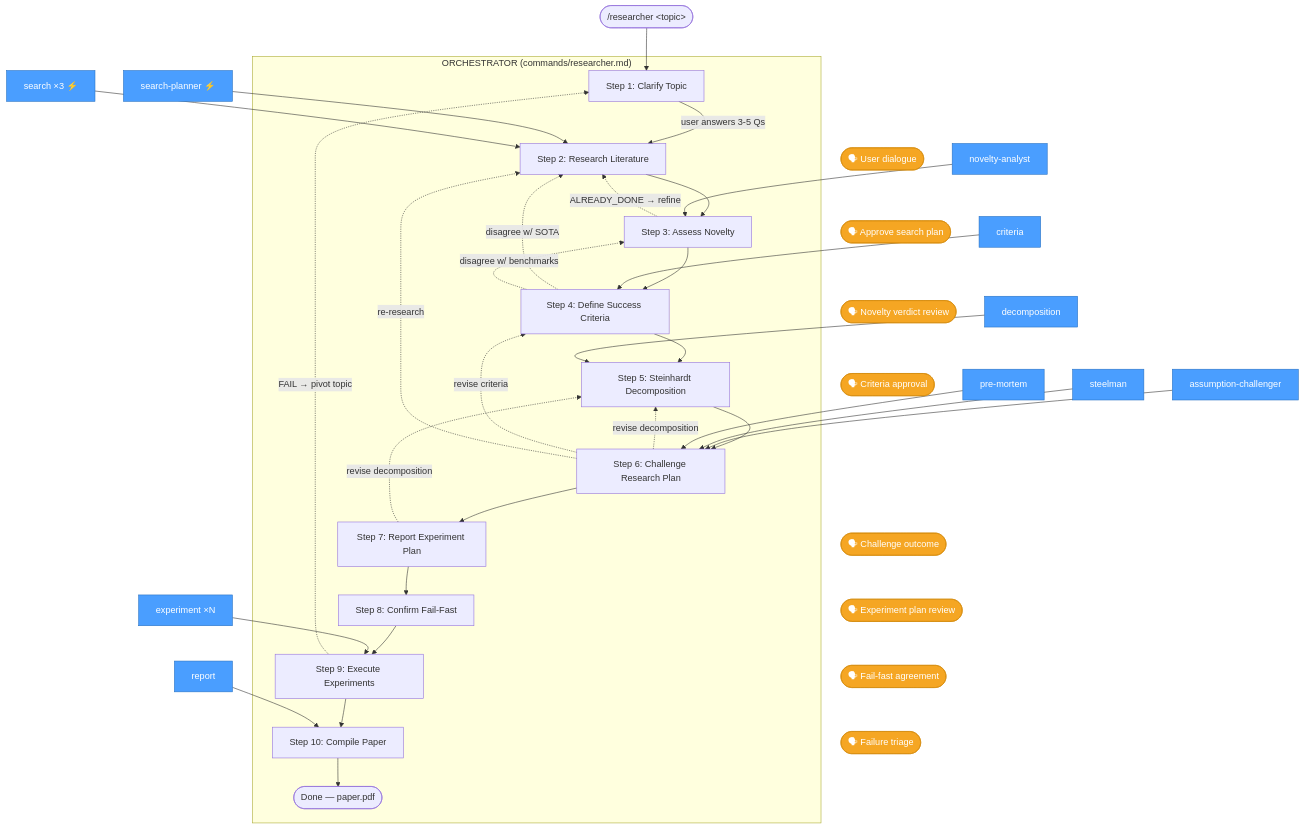
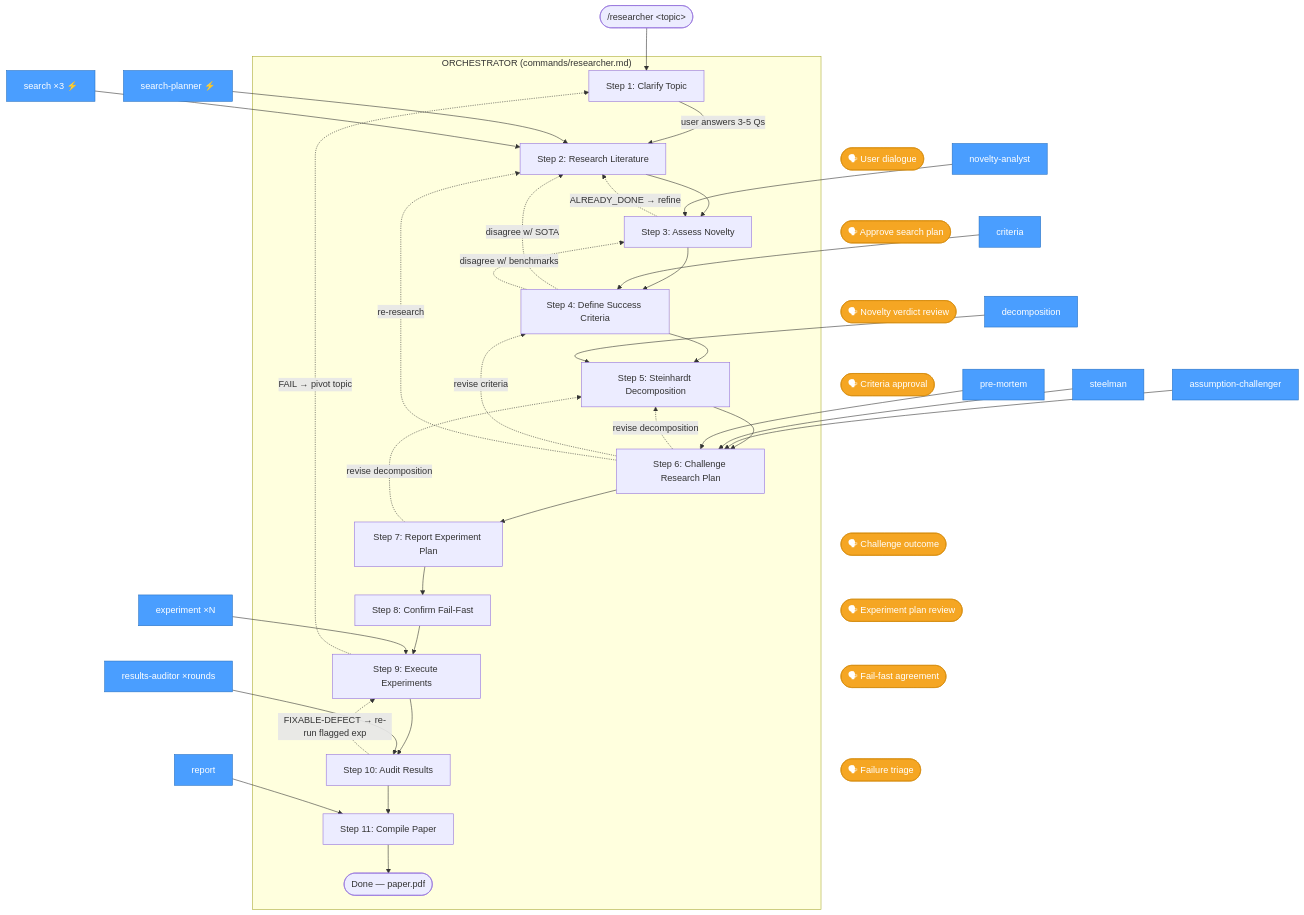
Before and after one commit to tbuckworth/ai-safety-researcher: the first of 4 diagrams in docs/DIAGRAM.md, drawn with Mermaid. The commit also changed other lines of this file and 24 other files, not shown here.

First line of the commit message:
Results red-team audit-remediation loop + truth-seeking voice (#12)

````diff
--- a/docs/DIAGRAM.md
+++ b/docs/DIAGRAM.md
@@ -5,64 +5,68 @@
 ```mermaid
 flowchart TD
     User(["/researcher &lt;topic&gt;"]) --> S1
 
     subgraph ORCH["ORCHESTRATOR (commands/researcher.md)"]
         S1["Step 1: Clarify Topic"]
         S2["Step 2: Research Literature"]
         S3["Step 3: Assess Novelty"]
         S4["Step 4: Define Success Criteria"]
         S5["Step 5: Steinhardt Decomposition"]
         S6["Step 6: Challenge Research Plan"]
         S7["Step 7: Report Experiment Plan"]
         S8["Step 8: Confirm Fail-Fast"]
         S9["Step 9: Execute Experiments"]
-        S10["Step 10: Compile Paper"]
+        S10["Step 10: Audit Results"]
+        S11["Step 11: Compile Paper"]
         Done(["Done — paper.pdf"])
 
         S1 -->|"user answers 3-5 Qs"| S2
         S2 --> S3
         S3 --> S4
         S4 --> S5
         S5 --> S6
         S6 --> S7
         S7 --> S8
         S8 --> S9
         S9 --> S10
-        S10 --> Done
+        S10 --> S11
+        S11 --> Done
     end
 
     %% Loop-backs
     S3 -.->|"ALREADY_DONE → refine"| S2
     S4 -.->|"disagree w/ SOTA"| S2
     S4 -.->|"disagree w/ benchmarks"| S3
     S6 -.->|"revise decomposition"| S5
     S6 -.->|"revise criteria"| S4
     S6 -.->|"re-research"| S2
     S7 -.->|"revise decomposition"| S5
     S9 -.->|"FAIL → pivot topic"| S1
+    S10 -.->|"FIXABLE-DEFECT → re-run flagged exp"| S9
 
     %% Agents
     SP["search-planner ⚡"]:::agent --> S2
     SE["search ×3 ⚡"]:::agent --> S2
     NA["novelty-analyst"]:::agent --> S3
     CR["criteria"]:::agent --> S4
     DE["decomposition"]:::agent --> S5
     AC["assumption-challenger"]:::agent --> S6
     SM2["steelman"]:::agent --> S6
     PM["pre-mortem"]:::agent --> S6
     EX["experiment ×N"]:::agent --> S9
-    RE["report"]:::agent --> S10
+    RA["results-auditor ×rounds"]:::agent --> S10
+    RE["report"]:::agent --> S11
 
     %% User interaction points
     S1 ~~~ U1(["🗣 User dialogue"]):::user
     S2 ~~~ U2(["🗣 Approve search plan"]):::user
     S3 ~~~ U3(["🗣 Novelty verdict review"]):::user
     S4 ~~~ U4(["🗣 Criteria approval"]):::user
     S6 ~~~ U6c(["🗣 Challenge outcome"]):::user
     S7 ~~~ U7(["🗣 Experiment plan review"]):::user
     S8 ~~~ U8(["🗣 Fail-fast agreement"]):::user
     S9 ~~~ U9(["🗣 Failure triage"]):::user
 
     classDef agent fill:#4a9eff,stroke:#2670c2,color:#fff
     classDef user fill:#f5a623,stroke:#d48b0c,color:#fff
 ```
````
